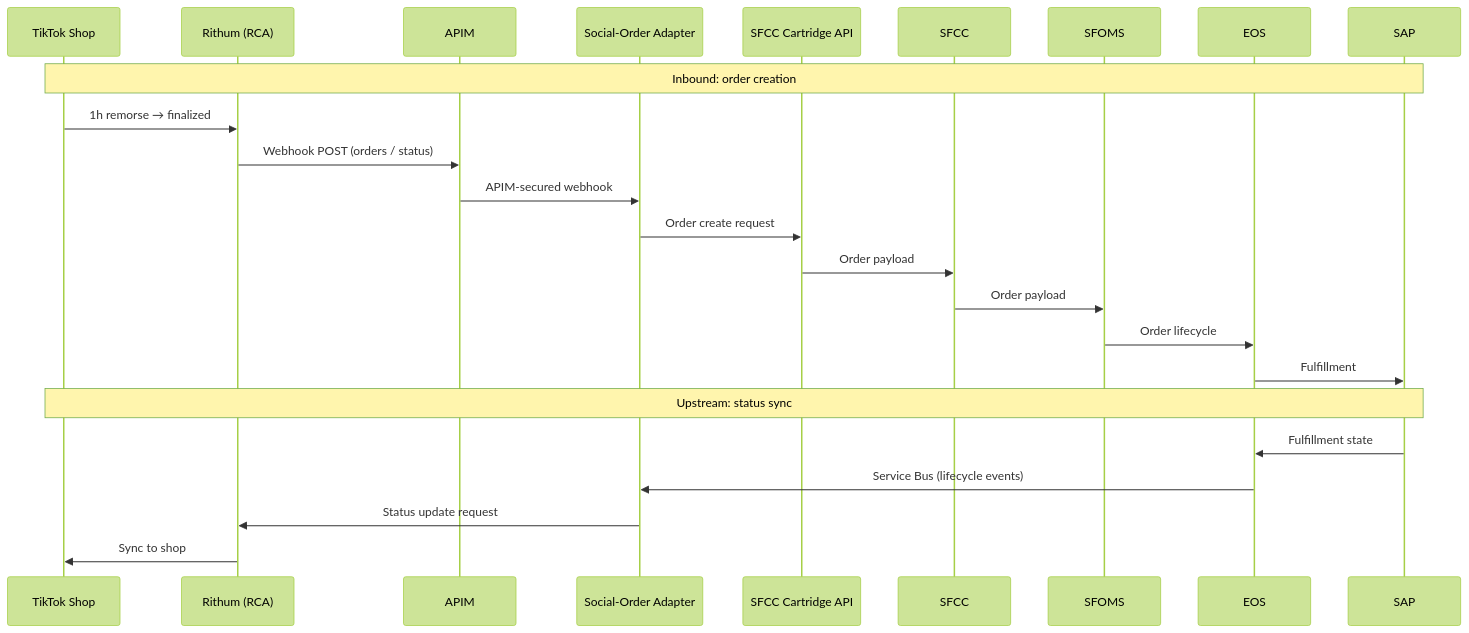
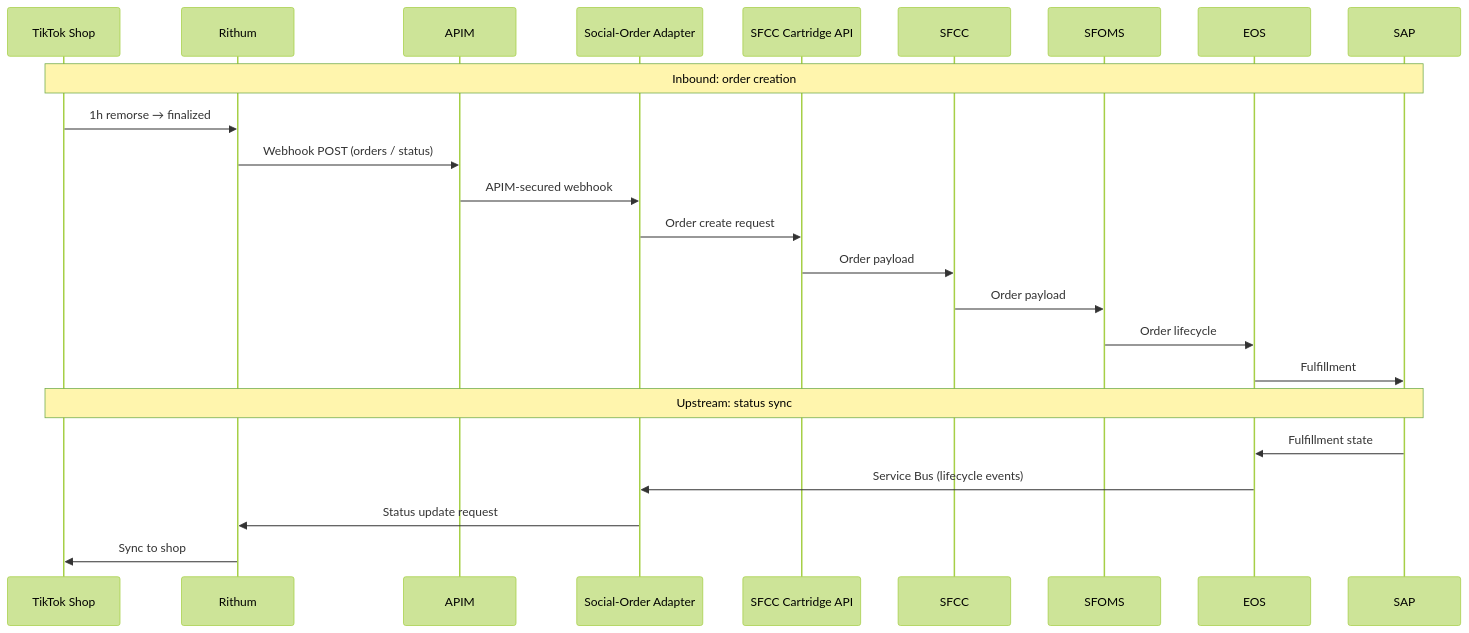
One commit to alienfacepalm/columbia-social-order-use-case changed the third of 11 diagrams in presentation/advanced.md. Above: the diagram before and after it, drawn with Mermaid (forest theme). The commit also changed other lines of this file and 7 other files, not shown here.

````diff
--- a/presentation/advanced.md
+++ b/presentation/advanced.md
@@ -126,28 +125,28 @@
 ```mermaid
 sequenceDiagram
     participant TT as TikTok Shop
-    participant R as Rithum (RCA)
+    participant R as Rithum
     participant APIM as APIM
     participant AF as Social-Order Adapter
     participant CART as SFCC Cartridge API
     participant SFCC as SFCC
     participant SFOMS as SFOMS
     participant EOS as EOS
     participant SAP as SAP
 
     Note over TT,SAP: Inbound: order creation
     TT->>R: 1h remorse → finalized
     R->>APIM: Webhook POST (orders / status)
     APIM->>AF: APIM-secured webhook
     AF->>CART: Order create request
     CART->>SFCC: Order payload
     SFCC->>SFOMS: Order payload
     SFOMS->>EOS: Order lifecycle
     EOS->>SAP: Fulfillment
 
     Note over SAP,TT: Upstream: status sync
     SAP->>EOS: Fulfillment state
     EOS->>AF: Service Bus (lifecycle events)
     AF->>R: Status update request
     R->>TT: Sync to shop
 ```
````
